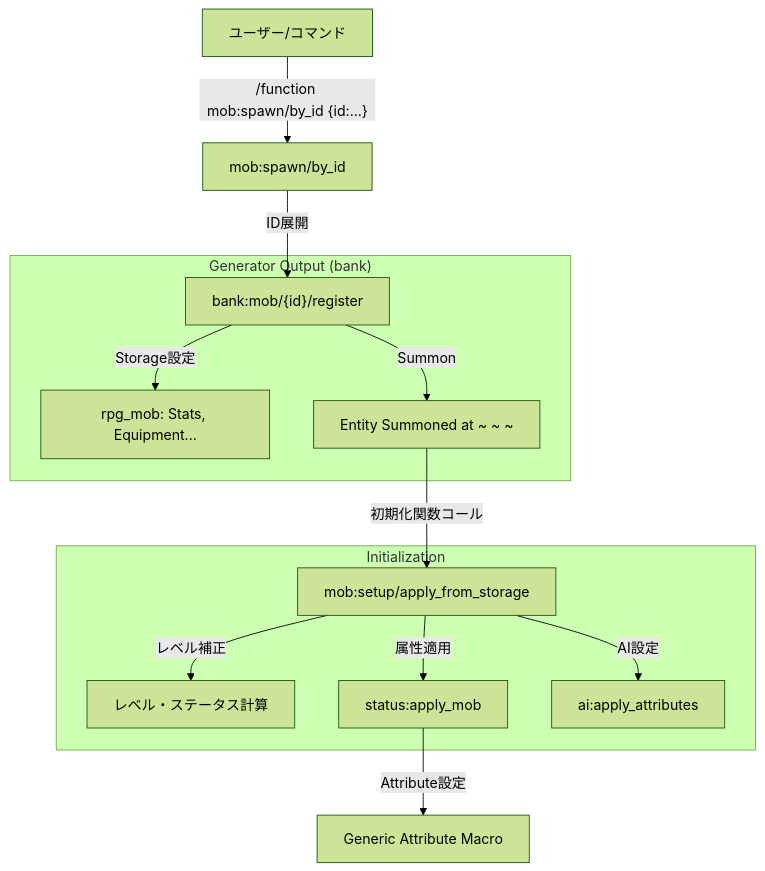
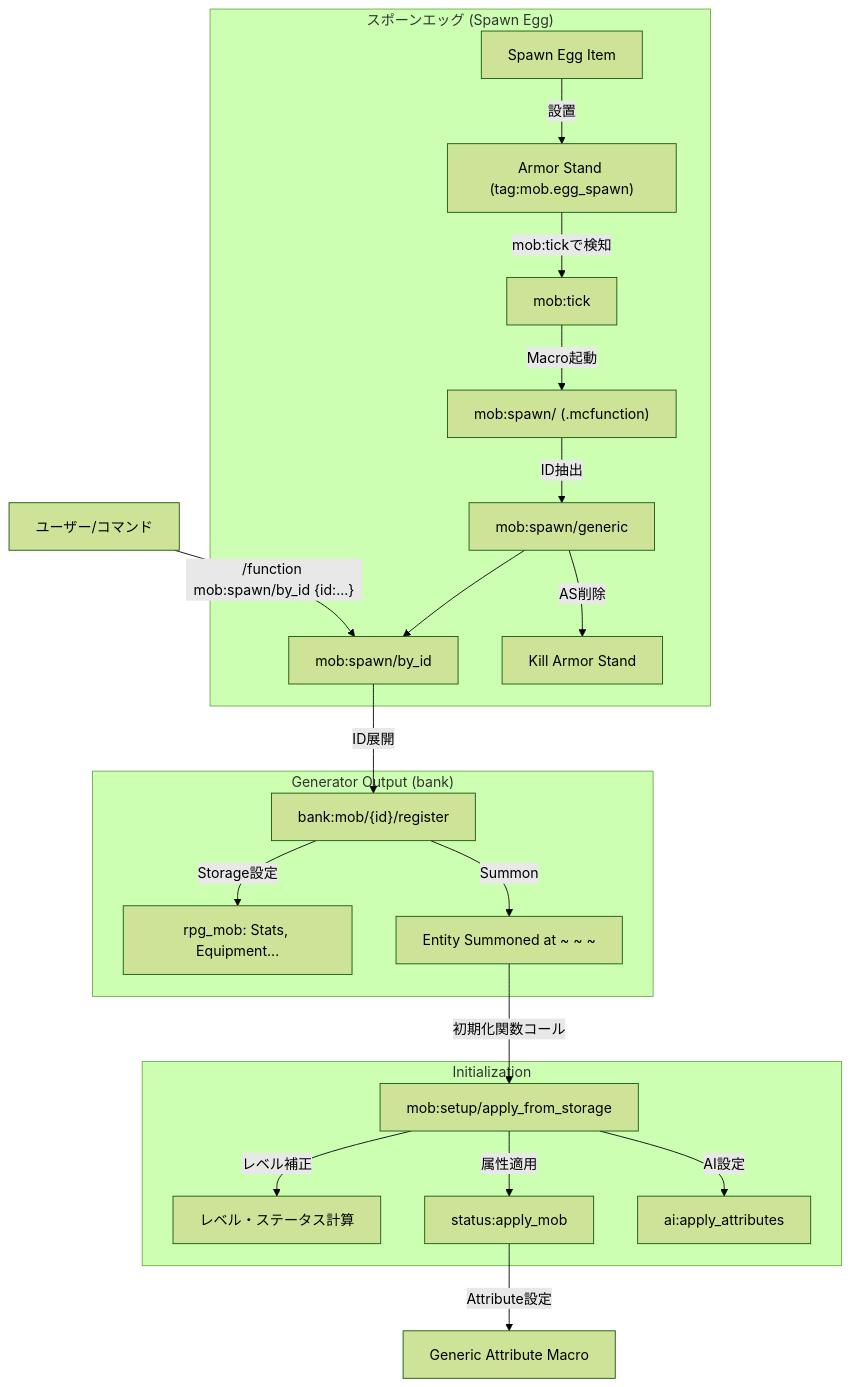
Before and after one commit to Avuorina/MinecraftLikeRPG: the second of 2 diagrams in Flow.md, drawn with Mermaid (forest theme). The commit also changed other lines of this file, not shown here.

Commit message:
🔧Modify the flow

````diff
--- a/Flow.md
+++ b/Flow.md
@@ -54,20 +54,29 @@
 ```mermaid
 graph TD
     User["ユーザー/コマンド"] -->|"/function mob:spawn/by_id {id:...}"| SpawnMacro["mob:spawn/by_id"]
     SpawnMacro -->|ID展開| Register["bank:mob/{id}/register"]
+
+    subgraph "スポーンエッグ (Spawn Egg)"
+        Item["Spawn Egg Item"] -->|設置| AS["Armor Stand (tag:mob.egg_spawn)"]
+        AS -->|mob:tickで検知| Tick["mob:tick"]
+        Tick -->|Macro起動| EggMacro["mob:spawn/ (.mcfunction)"]
+        EggMacro -->|ID抽出| Generic["mob:spawn/generic"]
+        Generic -->|AS削除| Kill["Kill Armor Stand"]
+        Generic --> SpawnMacro
+    end
     
     subgraph "Generator Output (bank)"
         Register -->|Storage設定| Data["rpg_mob: Stats, Equipment..."]
         Register -->|Summon| Entity["Entity Summoned at ~ ~ ~"]
     end
     
     Entity -->|初期化関数コール| Setup["mob:setup/apply_from_storage"]
     
     subgraph "Initialization"
         Setup -->|レベル補正| LevelCalc["レベル・ステータス計算"]
         Setup -->|属性適用| Status["status:apply_mob"]
         Setup -->|AI設定| AI["ai:apply_attributes"]
     end
     
     Status -->|Attribute設定| Attr["Generic Attribute Macro"]
 ```
````
